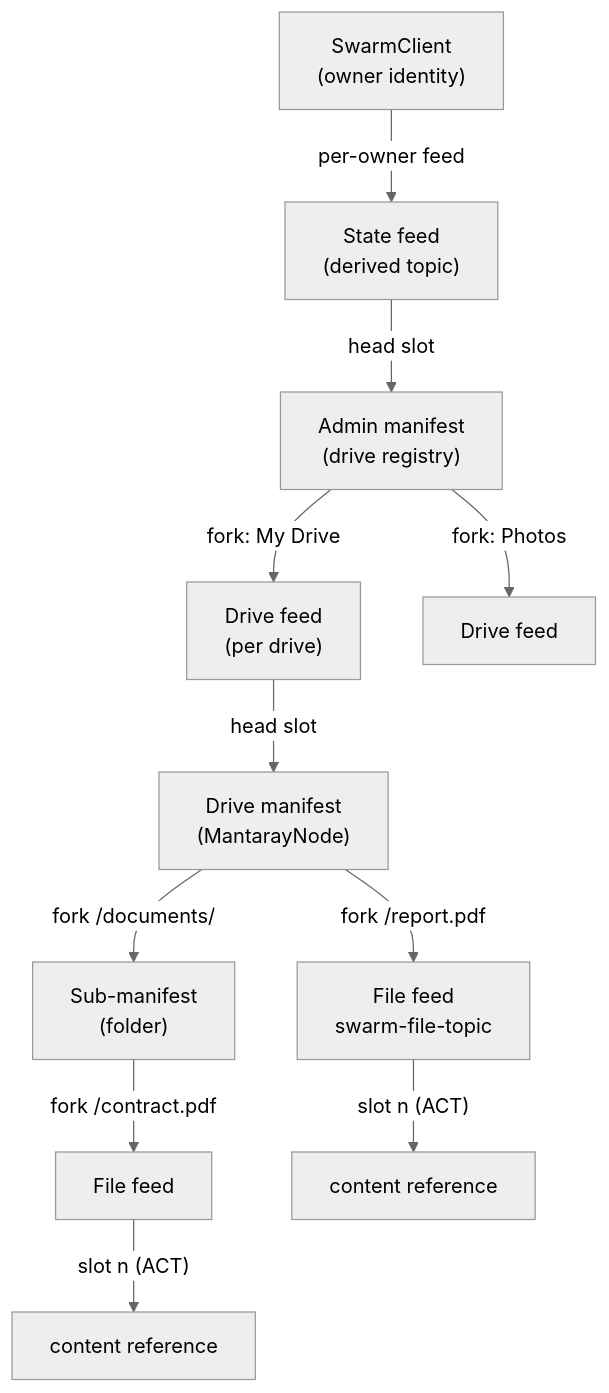
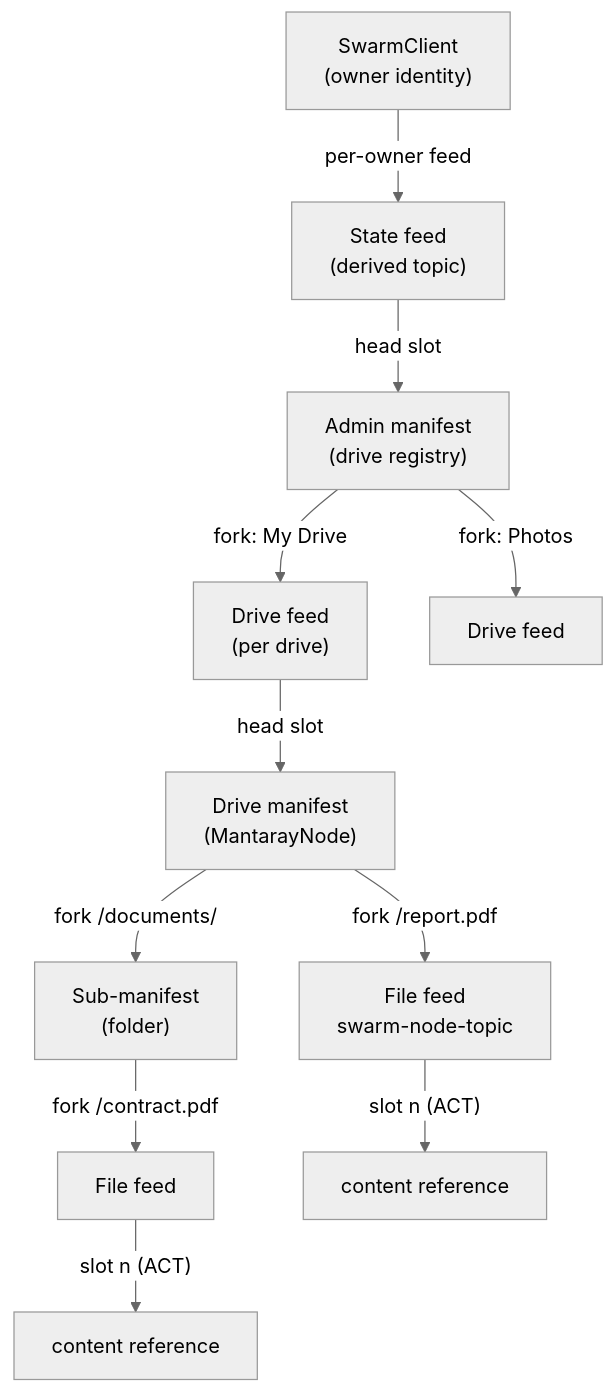
The diagram in README.md (Solar-Punk-Ltd/file-manager-lib), drawn with Mermaid (neutral theme) before and after one commit. The commit also changed 2 other files, not shown here.

````diff
--- a/README.md
+++ b/README.md
@@ -45,13 +45,13 @@
 ```mermaid
 flowchart TD
   S["SwarmClient<br/>(owner identity)"] -->|per-owner feed| SF["State feed<br/>(derived topic)"]
   SF -->|head slot| AM["Admin manifest<br/>(drive registry)"]
   AM -->|fork: My Drive| DF1["Drive feed<br/>(per drive)"]
   AM -->|fork: Photos| DF2["Drive feed"]
   DF1 -->|head slot| DM["Drive manifest<br/>(MantarayNode)"]
-  DM -->|"fork /report.pdf"| FF1["File feed<br/>swarm-file-topic"]
+  DM -->|"fork /report.pdf"| FF1["File feed<br/>swarm-node-topic"]
   DM -->|"fork /documents/"| SUB["Sub-manifest<br/>(folder)"]
   SUB -->|"fork /contract.pdf"| FF2["File feed"]
   FF1 -->|"slot n (ACT)"| C1["content reference"]
   FF2 -->|"slot n (ACT)"| C2["content reference"]
 ```
````
